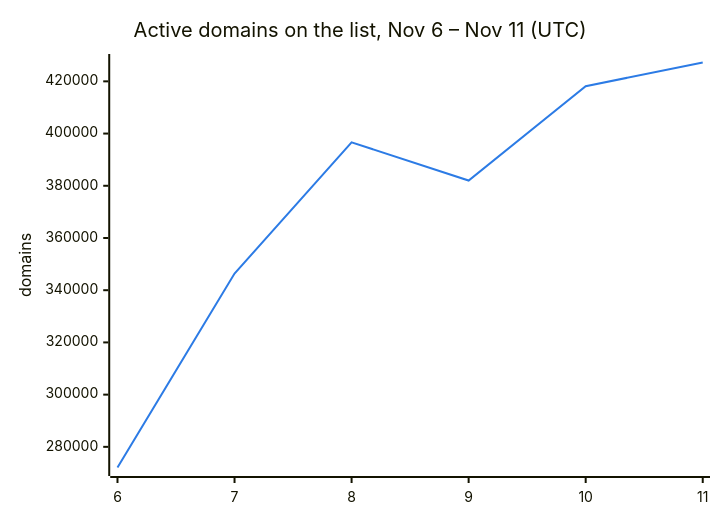
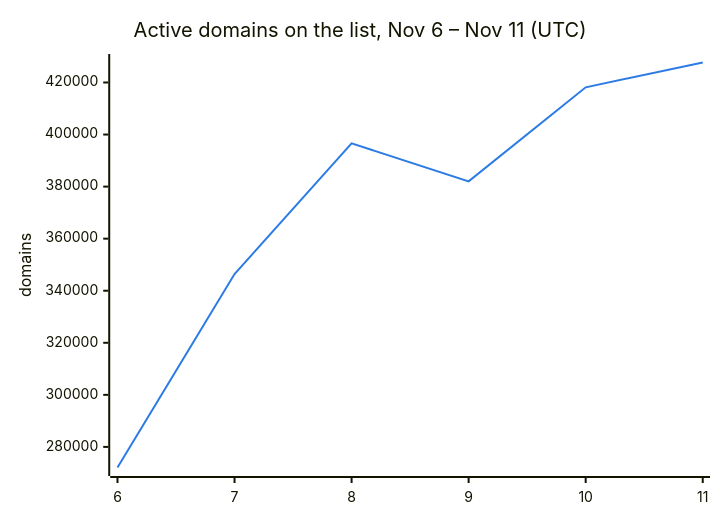
Before and after one commit to DNSBunker/CTI: the second of 3 diagrams in README.md, drawn with Mermaid. The commit also changed other lines of this file and 3 other files, not shown here.

````diff
--- a/README.md
+++ b/README.md
@@ -38,8 +38,8 @@
 ```mermaid
 %%{init: {"themeVariables": {"xyChart": {"plotColorPalette": "#2c7be5"}}}}%%
 xychart-beta
     title "Active domains on the list, Nov 6 – Nov 11 (UTC)"
     x-axis ["6", "7", "8", "9", "10", "11"]
     y-axis "domains"
-    line [272088, 346388, 396638, 382009, 418143, 427220]
+    line [272088, 346388, 396638, 382009, 418143, 427678]
 ```
````
